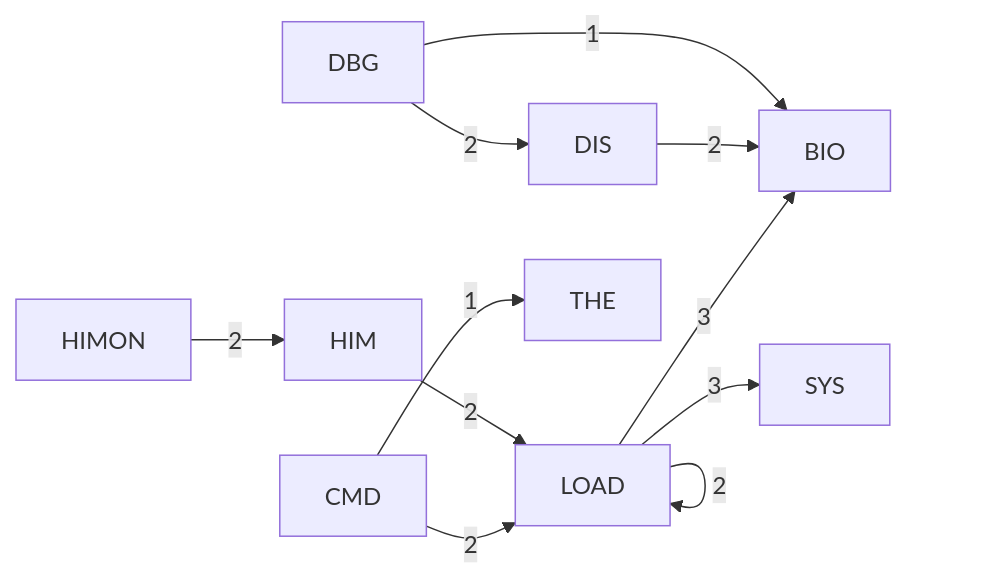
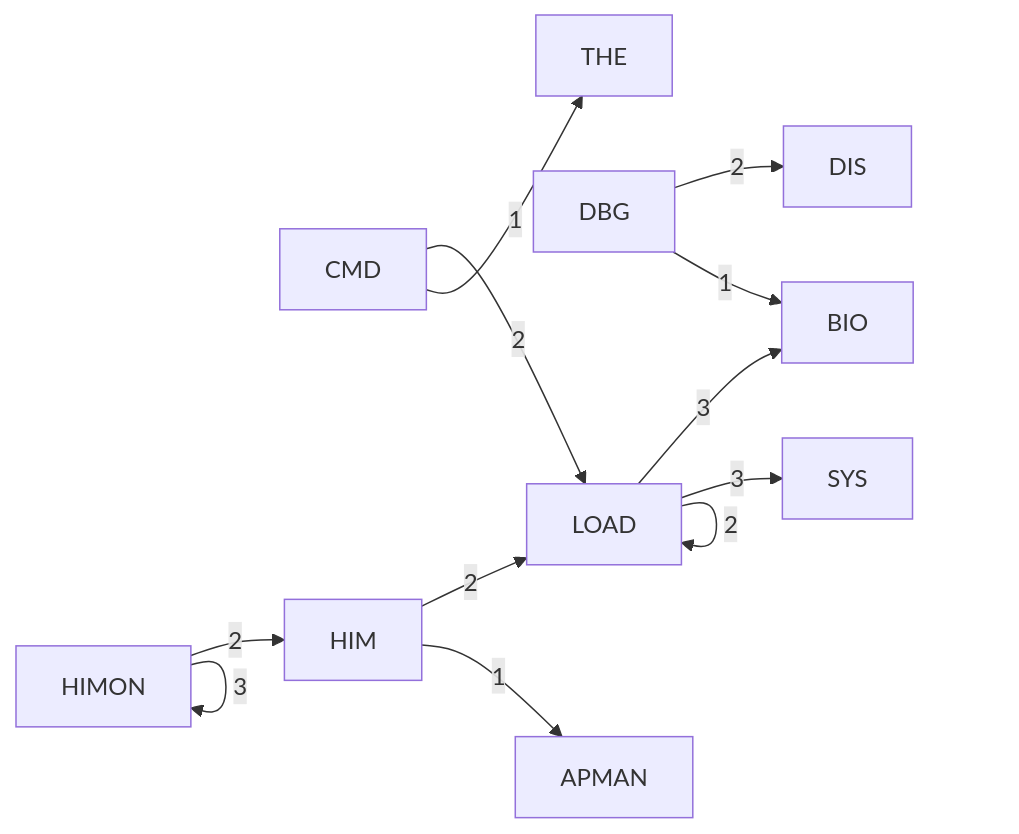
Before and after one commit to 95westus/R-YORS: the fourth of 6 diagrams in DOC/GENERATED/HIMON_SUPPORT_MAP.md, drawn with Mermaid. The commit also changed other lines of this file and 85 other files, not shown here.

````diff
--- a/DOC/GENERATED/HIMON_SUPPORT_MAP.md
+++ b/DOC/GENERATED/HIMON_SUPPORT_MAP.md
@@ -63,13 +63,14 @@
 ```mermaid
 flowchart LR
+    P_HIMON[HIMON] -->|3| P_HIMON[HIMON]
     P_LOAD[LOAD] -->|3| P_BIO[BIO]
     P_LOAD[LOAD] -->|3| P_SYS[SYS]
     P_CMD[CMD] -->|2| P_LOAD[LOAD]
     P_DBG[DBG] -->|2| P_DIS[DIS]
-    P_DIS[DIS] -->|2| P_BIO[BIO]
     P_HIM[HIM] -->|2| P_LOAD[LOAD]
     P_HIMON[HIMON] -->|2| P_HIM[HIM]
     P_LOAD[LOAD] -->|2| P_LOAD[LOAD]
     P_CMD[CMD] -->|1| P_THE[THE]
     P_DBG[DBG] -->|1| P_BIO[BIO]
+    P_HIM[HIM] -->|1| P_APMAN[APMAN]
 ```
````
